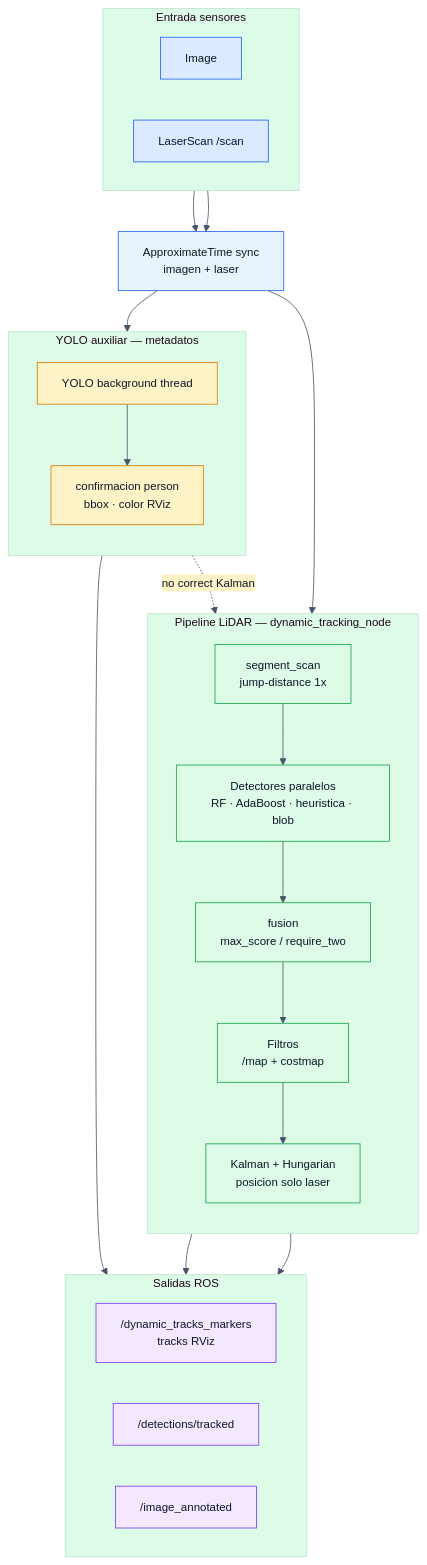
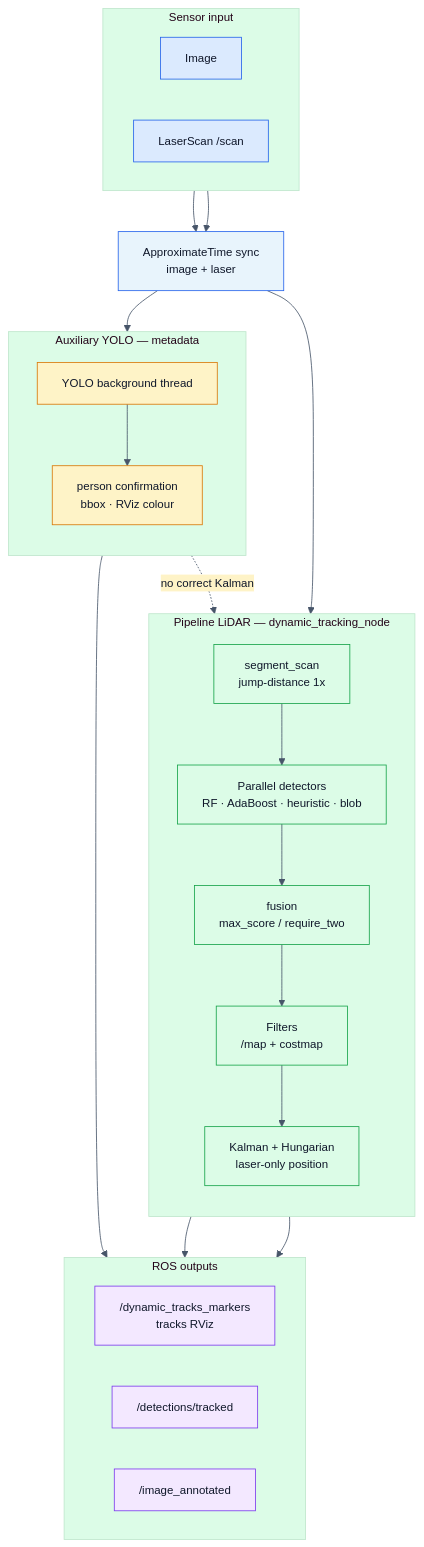
Before and after one commit to EjbejaranosAI/DTF-Track: the diagram in docs/diagrams/pipeline_flow.mmd, drawn with Mermaid. The commit also changed 27 other files, not shown here.

```diff
--- a/docs/diagrams/pipeline_flow.mmd
+++ b/docs/diagrams/pipeline_flow.mmd
@@ -1,58 +1,58 @@
 %%{init: {'theme': 'base', 'themeVariables': {
   'primaryColor': '#e8f4fc',
   'primaryBorderColor': '#2563eb',
   'primaryTextColor': '#0f172a',
   'lineColor': '#475569',
   'secondaryColor': '#fef3c7',
   'tertiaryColor': '#dcfce7',
   'fontSize': '14px'
 }}}%%
 flowchart TB
-  subgraph IN["Entrada sensores"]
+  subgraph IN["Sensor input"]
     direction LR
     IMG["Image"]
     SCN["LaserScan /scan"]
   end
 
-  SYN["ApproximateTime sync<br/>imagen + laser"]
+  SYN["ApproximateTime sync<br/>image + laser"]
 
   subgraph LID["Pipeline LiDAR — dynamic_tracking_node"]
     direction TB
     SEG["segment_scan<br/>jump-distance 1x"]
-    DET["Detectores paralelos<br/>RF · AdaBoost · heuristica · blob"]
+    DET["Parallel detectors<br/>RF · AdaBoost · heuristic · blob"]
     FUS["fusion<br/>max_score / require_two"]
-    FLT["Filtros<br/>/map + costmap"]
-    TRK["Kalman + Hungarian<br/>posicion solo laser"]
+    FLT["Filters<br/>/map + costmap"]
+    TRK["Kalman + Hungarian<br/>laser-only position"]
   end
 
-  subgraph YO["YOLO auxiliar — metadatos"]
+  subgraph YO["Auxiliary YOLO — metadata"]
     direction TB
     YD["YOLO background thread"]
-    YA["confirmacion person<br/>bbox · color RViz"]
+    YA["person confirmation<br/>bbox · RViz colour"]
   end
 
-  subgraph OUT["Salidas ROS"]
+  subgraph OUT["ROS outputs"]
     direction LR
     MK["/dynamic_tracks_markers<br/>tracks RViz"]
     DT["/detections/tracked"]
     AN["/image_annotated"]
   end
 
   IMG --> SYN
   SCN --> SYN
   SYN --> SEG
   SEG --> DET --> FUS --> FLT --> TRK
   SYN --> YD --> YA
   YA -. "no correct Kalman" .-> TRK
   TRK --> MK
   TRK --> DT
   YA --> AN
 
   classDef input fill:#dbeafe,stroke:#2563eb,color:#0f172a
   classDef lidar fill:#dcfce7,stroke:#16a34a,color:#0f172a
   classDef yolo fill:#fef3c7,stroke:#d97706,color:#0f172a
   classDef out fill:#f3e8ff,stroke:#7c3aed,color:#0f172a
   class IMG,SCN input
   class SEG,DET,FUS,FLT,TRK lidar
   class YD,YA yolo
   class MK,DT,AN out
```
